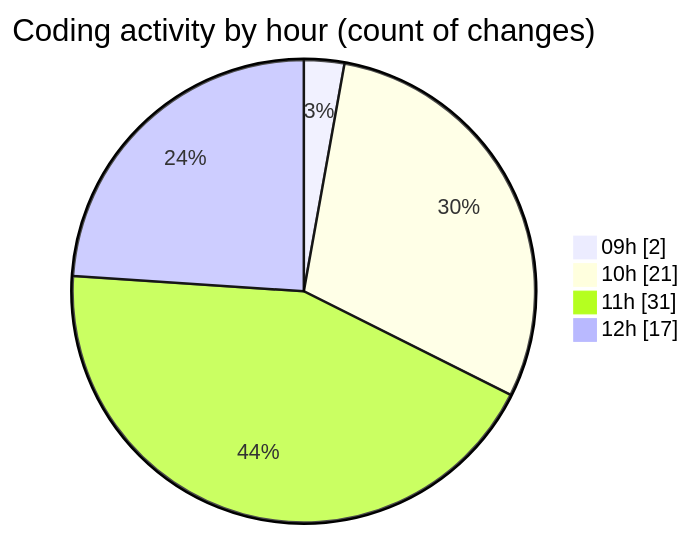
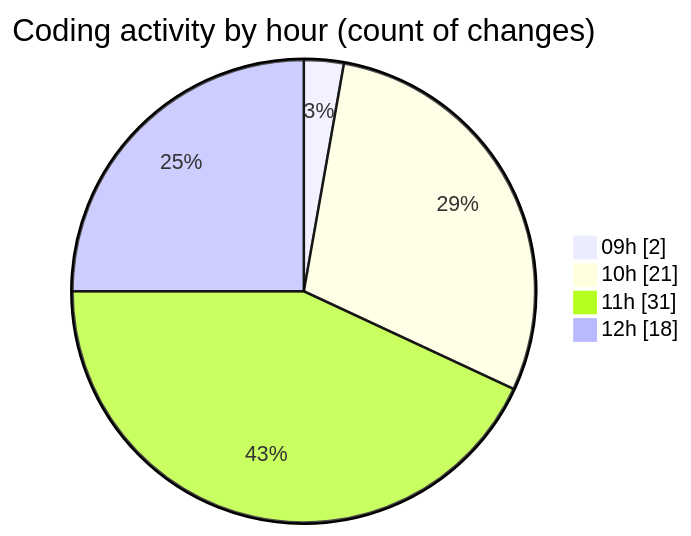
One commit to LanceThiago/code-tracking changed the second of 2 diagrams in 2025-03-27/kml/README.md. Above: the diagram before and after it, drawn with Mermaid. The commit also changed other lines of this file and 1 other file, not shown here.

````diff
--- a/2025-03-27/kml/README.md
+++ b/2025-03-27/kml/README.md
@@ -40,8 +40,8 @@
 ```mermaid
 pie showData
 title Coding activity by hour (count of changes)
 "09h" : 2
 "10h" : 21
 "11h" : 31
-"12h" : 17
+"12h" : 18
 ```
````
